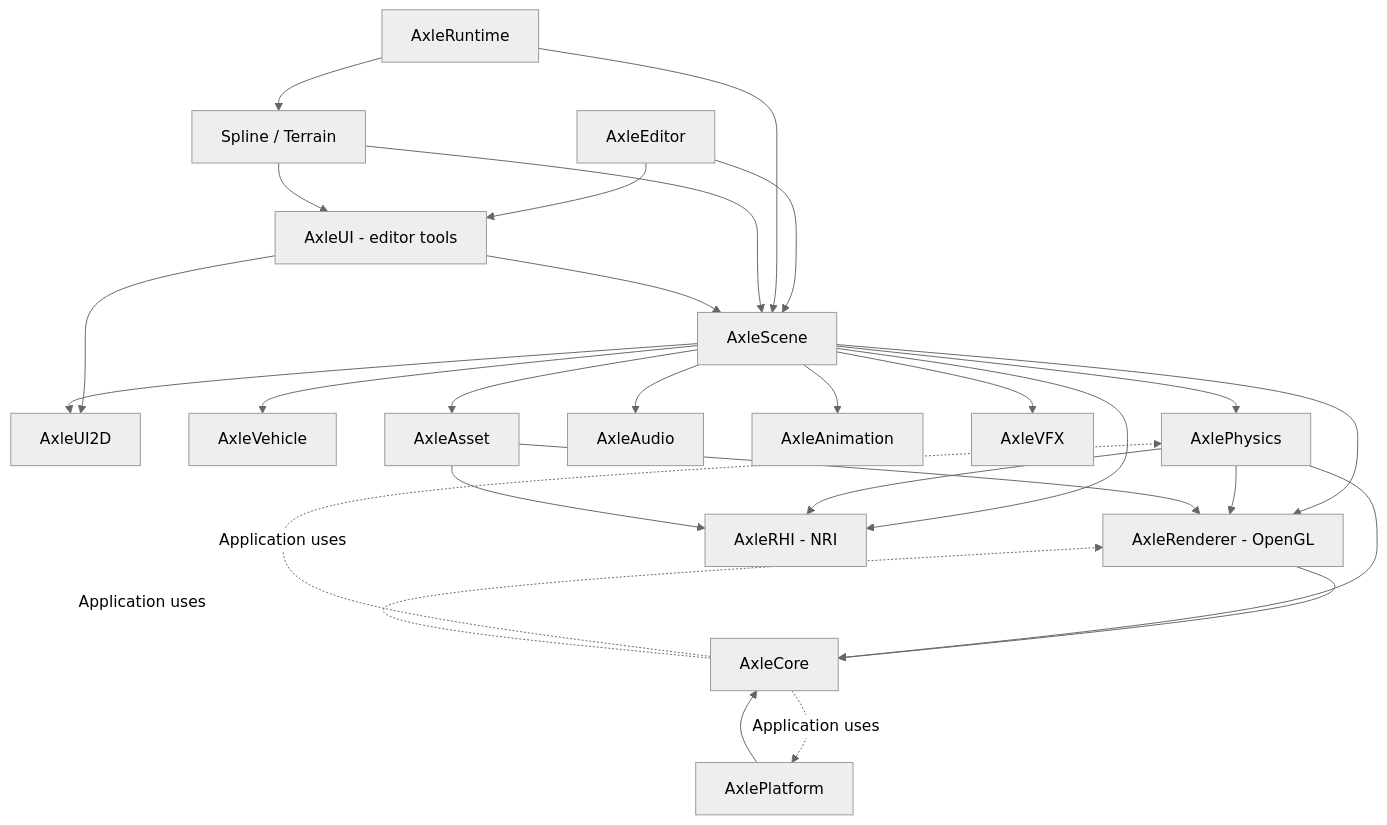
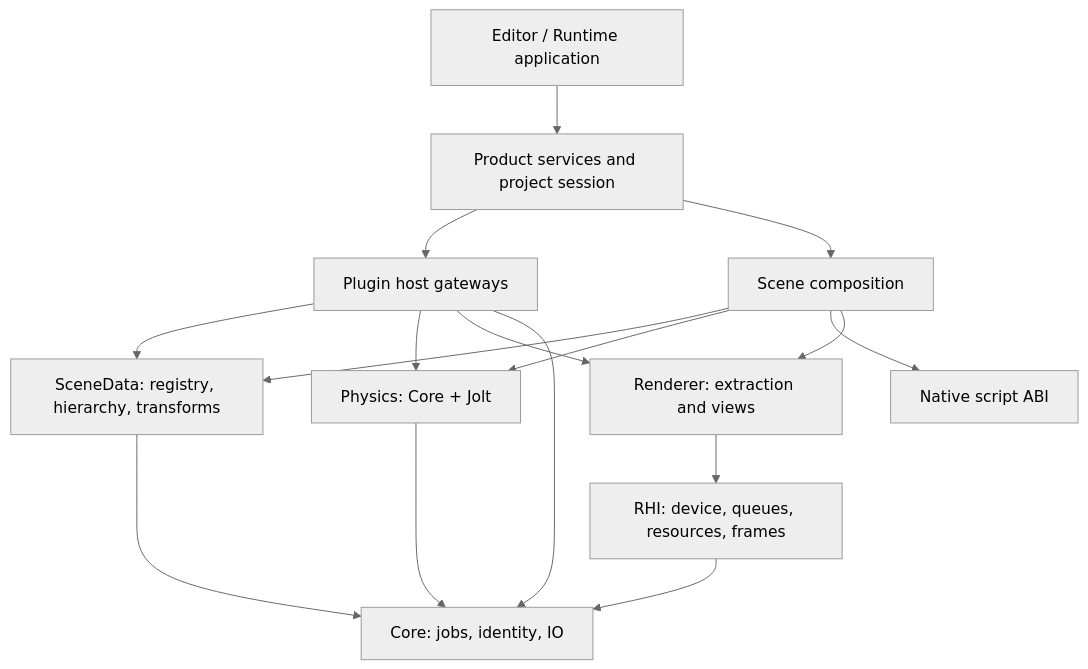
One commit to nguyenphong0210/AxleEngine changed the second of 2 diagrams in docs/architecture/SAD.md. Above: the diagram before and after it, drawn with Mermaid (neutral theme). The commit also changed other lines of this file and 43 other files, not shown here.

Commit message:
docs: align architecture references through OPT-10

````diff
--- a/docs/architecture/SAD.md
+++ b/docs/architecture/SAD.md
@@ -88,30 +63,19 @@
 ```mermaid
-flowchart TD
-    Editor[AxleEditor] --> UI[AxleUI - editor tools]
-    Editor --> Scene[AxleScene]
-    Runtime[AxleRuntime] --> Scene
-    Runtime --> Plugins[Spline / Terrain]
-    Plugins --> UI
-    Plugins --> Scene
-    UI --> Scene
-    UI --> UI2D[AxleUI2D]
-    Scene --> UI2D
-    Scene --> Vehicle[AxleVehicle]
-    Scene --> Physics[AxlePhysics]
-    Scene --> Audio[AxleAudio]
-    Scene --> Animation[AxleAnimation]
-    Scene --> VFX[AxleVFX]
-    Scene --> Asset[AxleAsset]
-    Scene --> Renderer[AxleRenderer - OpenGL]
-    Scene --> RHI[AxleRHI - NRI]
-    Physics --> Renderer
-    Physics --> RHI
-    Asset --> Renderer
-    Asset --> RHI
-    Core[AxleCore] -. Application uses .-> Physics
-    Core -. Application uses .-> Renderer
-    Core -. Application uses .-> Platform[AxlePlatform]
-    Platform --> Core
-    Renderer --> Core
+flowchart TB
+    App[Editor / Runtime application]
+    App --> Product[Product services and project session]
+    Product --> Plugin[Plugin host gateways]
+    Product --> Scene[Scene composition]
+    Scene --> SceneData[SceneData: registry, hierarchy, transforms]
+    Scene --> Physics[Physics: Core + Jolt]
+    Scene --> Script[Native script ABI]
+    Scene --> Render[Renderer: extraction and views]
+    Render --> RHI[RHI: device, queues, resources, frames]
+    Plugin --> SceneData
+    Plugin --> Physics
+    Plugin --> Render
+    Plugin --> Core[Core: jobs, identity, IO]
+    SceneData --> Core
     Physics --> Core
+    RHI --> Core
 ```
````
